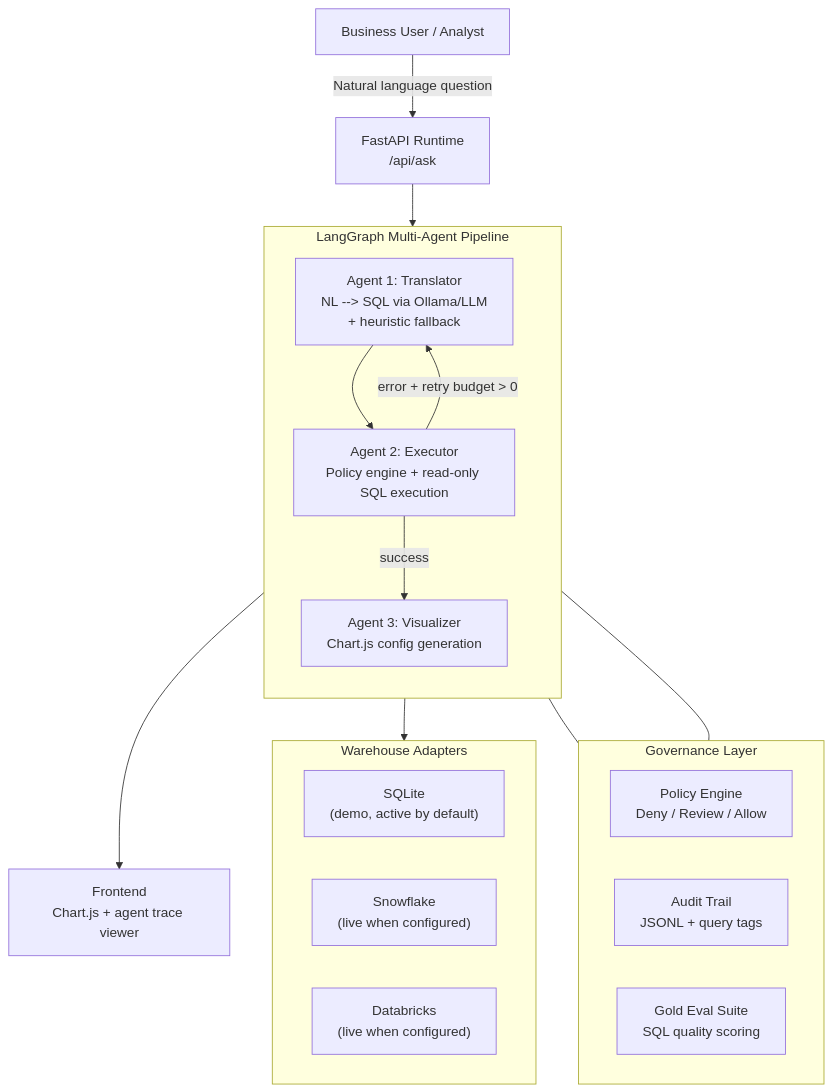
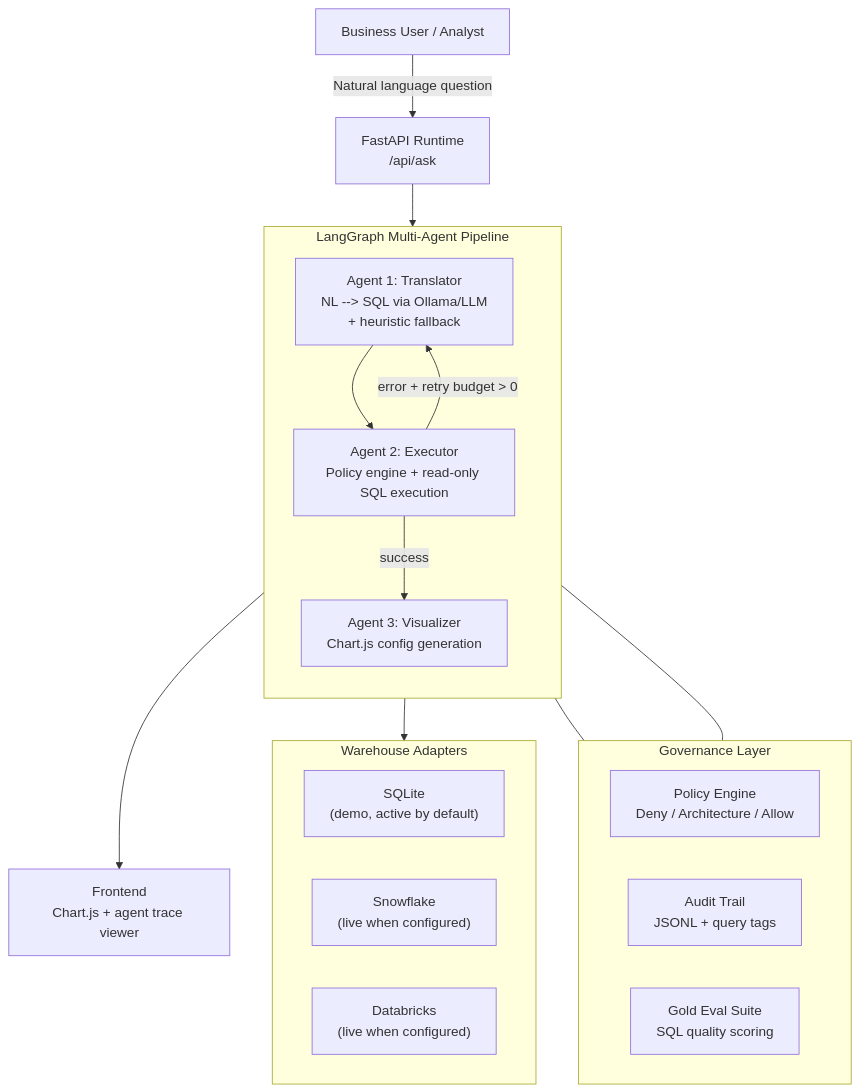
One commit to KIM3310/Nexus-Hive changed the diagram in README.md. Above: the diagram before and after it, drawn with Mermaid. The commit also changed other lines of this file and 43 other files, not shown here.

Commit message:
docs: align architecture-first project surface

````diff
--- a/README.md
+++ b/README.md
@@ -53,37 +53,37 @@
 ```mermaid
 flowchart TB
     User["Business User / Analyst"]
     User -->|"Natural language question"| API["FastAPI Runtime\n/api/ask"]
 
     subgraph AgentPipeline["LangGraph Multi-Agent Pipeline"]
         direction TB
         T["Agent 1: Translator\nNL --> SQL via Ollama/LLM\n+ heuristic fallback"]
         E["Agent 2: Executor\nPolicy engine + read-only SQL execution"]
         V["Agent 3: Visualizer\nChart.js config generation"]
         T --> E
         E -->|"error + retry budget > 0"| T
         E -->|"success"| V
     end
 
     API --> AgentPipeline
 
     subgraph Governance["Governance Layer"]
         direction LR
-        PE["Policy Engine\nDeny / Review / Allow"]
+        PE["Policy Engine\nDeny / Architecture / Allow"]
         AT["Audit Trail\nJSONL + query tags"]
         GE["Gold Eval Suite\nSQL quality scoring"]
     end
 
     E --- PE
     E --- AT
 
     subgraph Warehouses["Warehouse Adapters"]
         direction LR
         SQLite["SQLite\n(demo, active by default)"]
         SF["Snowflake\n(live when configured)"]
         DB["Databricks\n(live when configured)"]
     end
 
     E --> Warehouses
     V --> UI["Frontend\nChart.js + agent trace viewer"]
 ```
````
